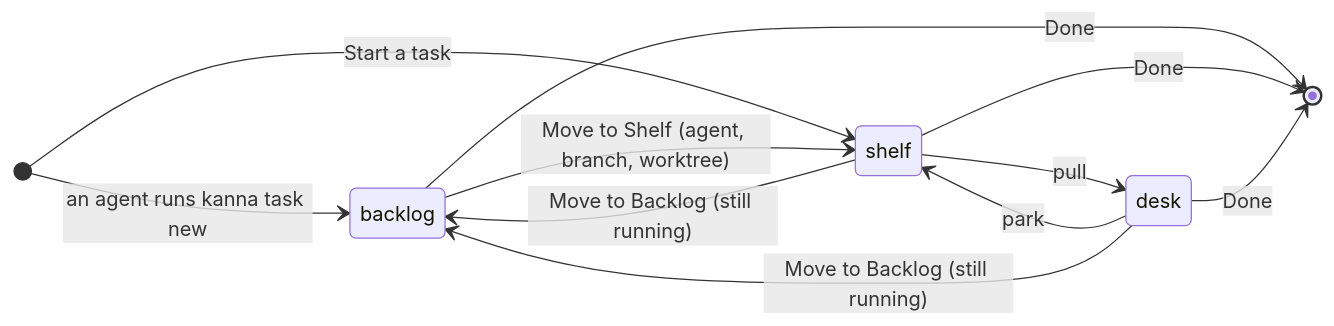
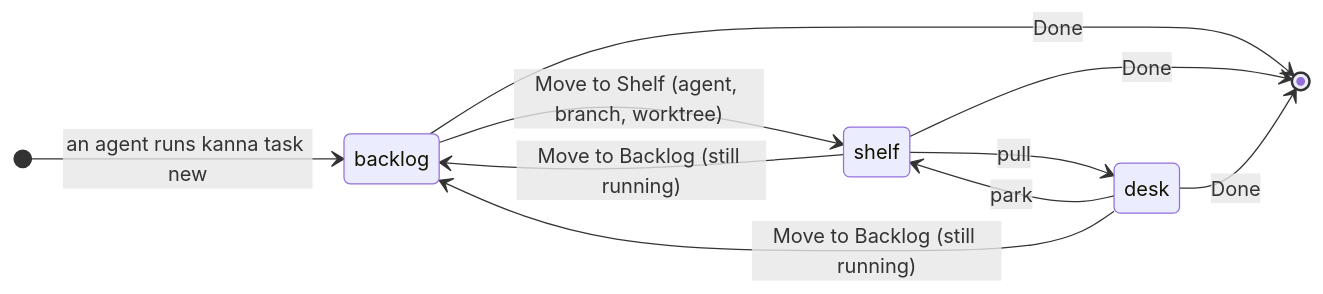
One commit to jemdiggity/kanna-v4 changed the first of 2 diagrams in docs/specs/tasks.md. Above: the diagram before and after it, drawn with Mermaid. The commit also changed other lines of this file and 15 other files, not shown here.

````diff
--- a/docs/specs/tasks.md
+++ b/docs/specs/tasks.md
@@ -25,14 +25,13 @@
 ```mermaid
 stateDiagram-v2
     direction LR
     [*] --> backlog: an agent runs kanna task new
-    [*] --> shelf: Start a task
     backlog --> shelf: Move to Shelf (agent, branch, worktree)
     shelf --> desk: pull
     desk --> shelf: park
     shelf --> backlog: Move to Backlog (still running)
     desk --> backlog: Move to Backlog (still running)
     backlog --> [*]: Done
     shelf --> [*]: Done
     desk --> [*]: Done
 ```
````
